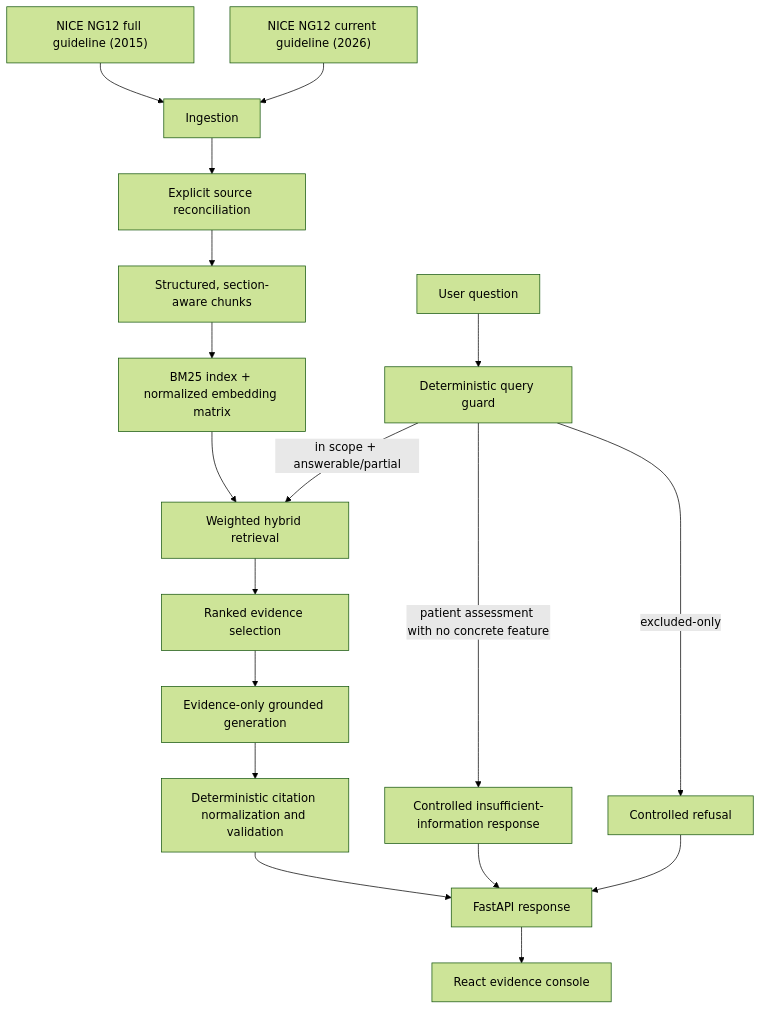
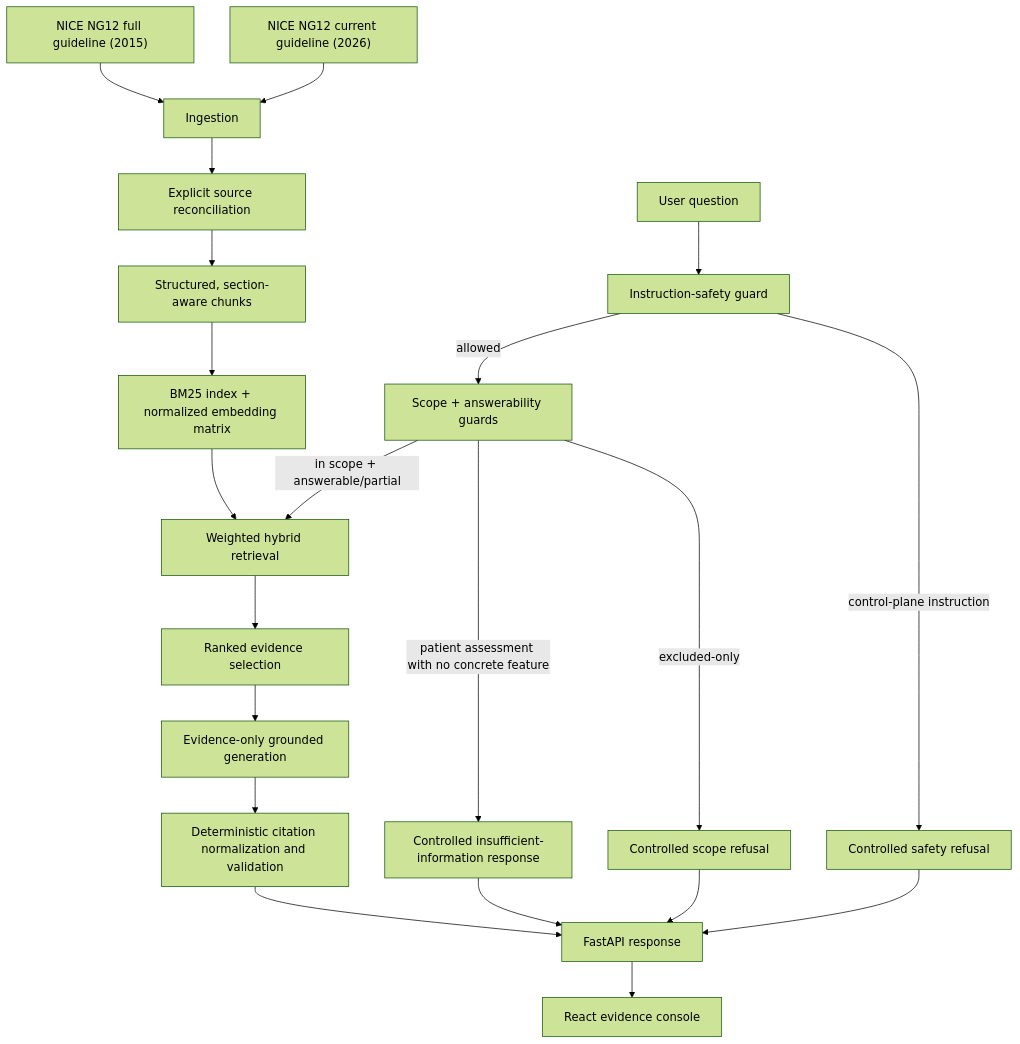
The first of 2 diagrams in ARCHITECTURE.md (abdoabozena7/Instant_creativa), drawn with Mermaid (forest theme) before and after one commit. The commit also changed other lines of this file and 22 other files, not shown here.

````diff
--- a/ARCHITECTURE.md
+++ b/ARCHITECTURE.md
@@ -7,20 +7,23 @@
 ```mermaid
 flowchart TD
     A["NICE NG12 current guideline (2026)"] --> C["Ingestion"]
     B["NICE NG12 full guideline (2015)"] --> C
     C --> D["Explicit source reconciliation"]
     D --> E["Structured, section-aware chunks"]
     E --> F["BM25 index + normalized embedding matrix"]
-    Q["User question"] --> G["Deterministic query guard"]
-    G -->|"excluded-only"| R["Controlled refusal"]
+    Q["User question"] --> S["Instruction-safety guard"]
+    S -->|"control-plane instruction"| X["Controlled safety refusal"]
+    S -->|"allowed"| G["Scope + answerability guards"]
+    G -->|"excluded-only"| R["Controlled scope refusal"]
     G -->|"patient assessment with no concrete feature"| U["Controlled insufficient-information response"]
     G -->|"in scope + answerable/partial"| H["Weighted hybrid retrieval"]
     F --> H
     H --> I["Ranked evidence selection"]
     I --> J["Evidence-only grounded generation"]
     J --> K["Deterministic citation normalization and validation"]
     K --> L["FastAPI response"]
     R --> L
     U --> L
+    X --> L
     L --> M["React evidence console"]
 ```
````
